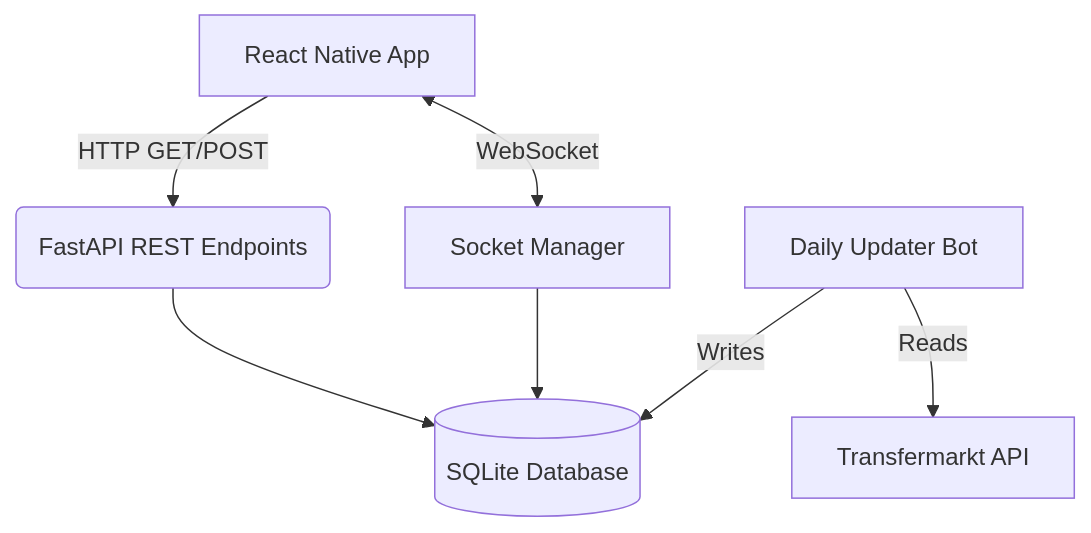
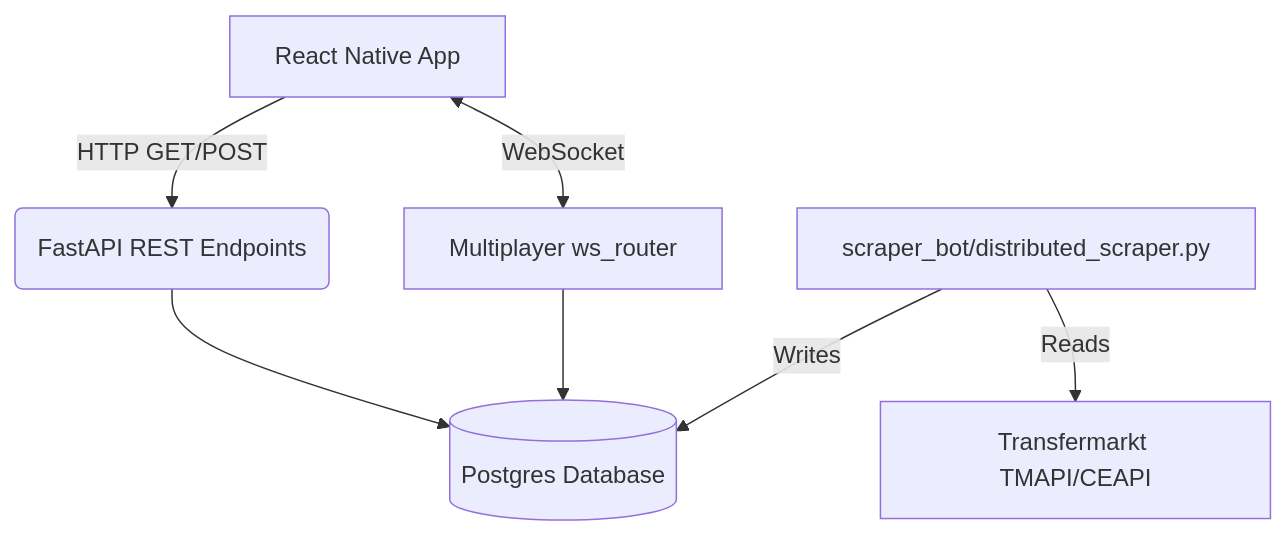
One commit to mfbilgin/soccer-board changed the diagram in docs/guide/architecture.md. Above: the diagram before and after it, drawn with Mermaid. The commit also changed other lines of this file and 5 other files, not shown here.

First line of the commit message:
Sync architecture/database/scraper docs with actual codebase

````diff
--- a/docs/guide/architecture.md
+++ b/docs/guide/architecture.md
@@ -27,9 +27,9 @@
 ```mermaid
 graph TD
     Client[React Native App] --> |HTTP GET/POST| API(FastAPI REST Endpoints)
-    Client <--> |WebSocket| Socket[Socket Manager]
-    API --> DB[(SQLite Database)]
+    Client <--> |WebSocket| Socket[Multiplayer ws_router]
+    API --> DB[(Postgres Database)]
     Socket --> DB
-    Scraper[Daily Updater Bot] --> |Writes| DB
-    Scraper --> |Reads| TMAPI[Transfermarkt API]
+    Scraper[scraper_bot/distributed_scraper.py] --> |Writes| DB
+    Scraper --> |Reads| TMAPI[Transfermarkt TMAPI/CEAPI]
 ```
````
